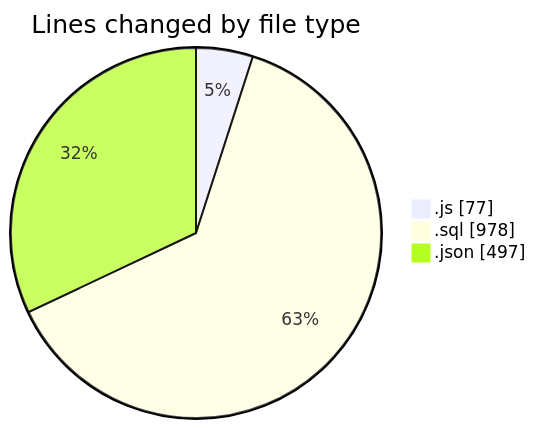
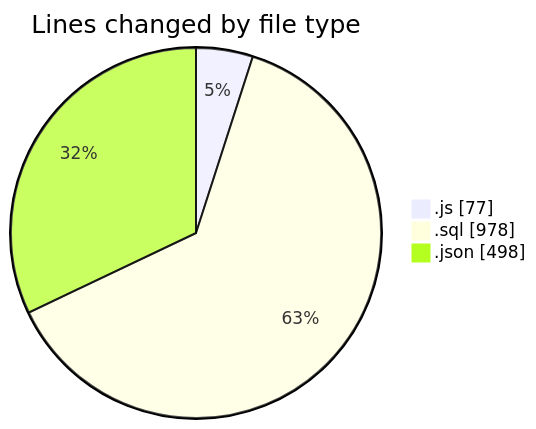
One commit to momahboobian/code-tracking changed the first of 2 diagrams in 2026-05-20/cda/README.md. Above: the diagram before and after it, drawn with Mermaid. The commit also changed other lines of this file and 1 other file, not shown here.

````diff
--- a/2026-05-20/cda/README.md
+++ b/2026-05-20/cda/README.md
@@ -25,7 +25,7 @@
 ```mermaid
 pie showData
 title Lines changed by file type
 ".js" : 77
 ".sql" : 978
-".json" : 497
+".json" : 498
 ```
````
